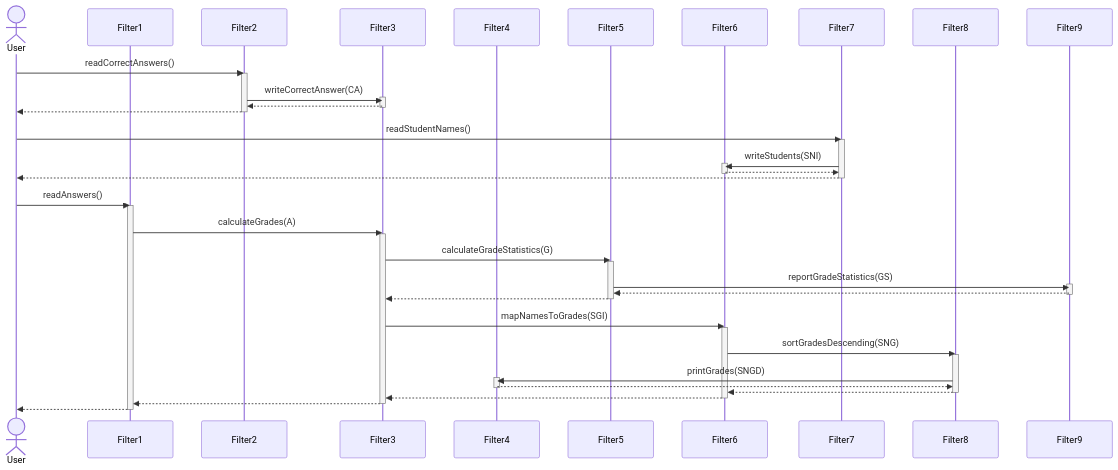
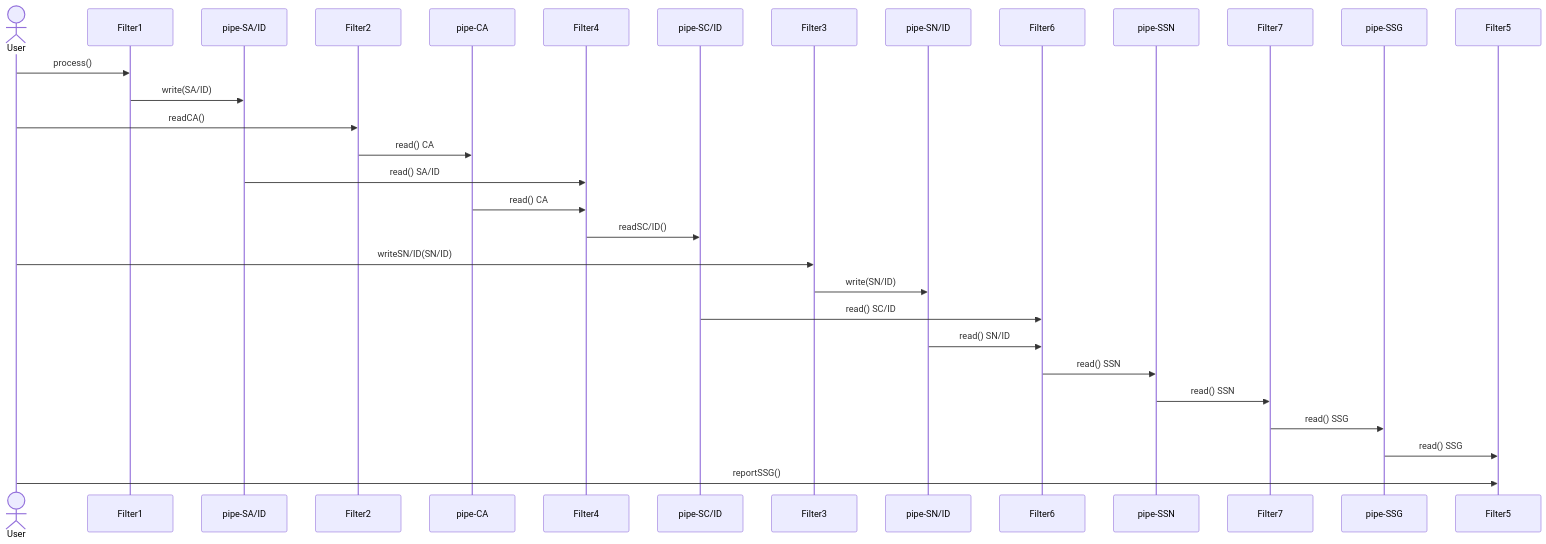
One commit to hanggrian/IIT-CS586 changed the diagram in assignments/hw3/diagram1.mmd. Above: the diagram before and after it, drawn with Mermaid. The commit also changed 1 other file, not shown here.

```diff
--- a/assignments/hw3/diagram1.mmd
+++ b/assignments/hw3/diagram1.mmd
@@ -1,58 +1,32 @@
 sequenceDiagram
   actor User
   participant Filter1
+  participant Pipe1 as pipe-SA/ID
   participant Filter2
+  participant Pipe2 as pipe-CA
+  participant Filter4
+  participant Pipe4 as pipe-SC/ID
   participant Filter3
-  participant Filter4
+  participant Pipe3 as pipe-SN/ID
+  participant Filter6
+  participant Pipe6 as pipe-SSN
+  participant Filter7
+  participant Pipe7 as pipe-SSG
   participant Filter5
-  participant Filter6
-  participant Filter7
-  participant Filter8
-  participant Filter9
 
-  User ->> Filter2 : readCorrectAnswers()
-  activate Filter2
-  Filter2 ->> Filter3 : writeCorrectAnswer(CA)
-  activate Filter3
-  deactivate Filter3
-  Filter3 -->> Filter2 :
-  Filter2 -->> User :
-  deactivate Filter2
-
-  User ->> Filter7 : readStudentNames()
-  activate Filter7
-  Filter7 ->> Filter6 : writeStudents(SNI)
-  activate Filter6
-  deactivate Filter6
-  Filter6 -->> Filter7 :
-  Filter7 -->> User :
-  deactivate Filter7
-
-  User ->> Filter1 : readAnswers()
-  activate Filter1
-  Filter1 ->> Filter3 : calculateGrades(A)
-  activate Filter3
-  Filter3 ->> Filter5 : calculateGradeStatistics(G)
-  activate Filter5
-  Filter5 ->> Filter9 : reportGradeStatistics(GS)
-  activate Filter9
-  deactivate Filter9
-  Filter9 -->> Filter5 :
-  Filter5 -->> Filter3 :
-  deactivate Filter5
-  Filter3 ->> Filter6 : mapNamesToGrades(SGI)
-  activate Filter6
-  Filter6 ->> Filter8 : sortGradesDescending(SNG)
-  activate Filter8
-  Filter8 ->> Filter4 : printGrades(SNGD)
-  activate Filter4
-  deactivate Filter4
-  Filter4 -->> Filter8 :
-  Filter8 -->> Filter6 :
-  deactivate Filter8
-  Filter6 -->> Filter3 :
-  deactivate Filter6
-  Filter3 -->> Filter1 :
-  deactivate Filter3
-  Filter1 -->> User :
-  deactivate Filter1
+  User->>Filter1: process()
+  Filter1->>Pipe1: write(SA/ID)
+  User->>Filter2: readCA()
+  Filter2->>Pipe2: read() CA
+  Pipe1->>Filter4: read() SA/ID
+  Pipe2->>Filter4: read() CA
+  Filter4->>Pipe4: readSC/ID()
+  User->>Filter3: writeSN/ID(SN/ID)
+  Filter3->>Pipe3: write(SN/ID)
+  Pipe4->>Filter6: read() SC/ID
+  Pipe3->>Filter6: read() SN/ID
+  Filter6->>Pipe6: read() SSN
+  Pipe6->>Filter7: read() SSN
+  Filter7->>Pipe7: read() SSG
+  Pipe7->>Filter5: read() SSG
+  User->>Filter5: reportSSG()
```
